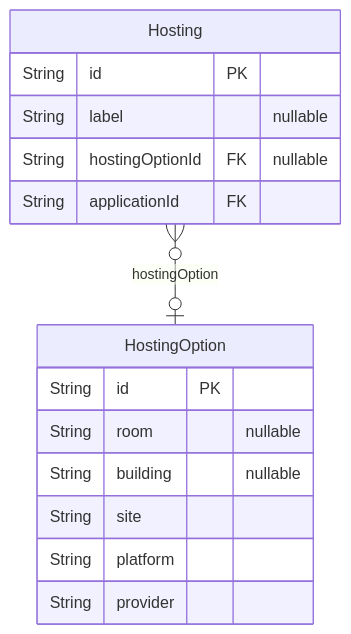
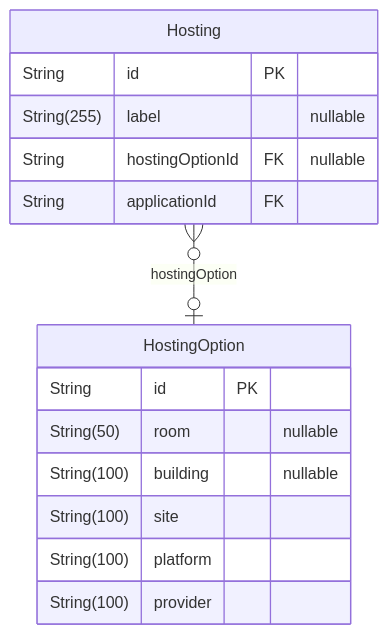
One commit to dnum-mi/referentiel-applications changed the fourth of 8 diagrams in backend/prisma/docs/schema.md. Above: the diagram before and after it, drawn with Mermaid. The commit also changed other lines of this file and 9 other files, not shown here.

````diff
--- a/backend/prisma/docs/schema.md
+++ b/backend/prisma/docs/schema.md
@@ -359,18 +359,18 @@
 ```mermaid
 erDiagram
 "HostingOption" {
   String id PK
-  String room "nullable"
-  String building "nullable"
-  String site
-  String platform
-  String provider
+  String(50) room "nullable"
+  String(100) building "nullable"
+  String(100) site
+  String(100) platform
+  String(100) provider
 }
 "Hosting" {
   String id PK
-  String label "nullable"
+  String(255) label "nullable"
   String hostingOptionId FK "nullable"
   String applicationId FK
 }
 "Hosting" }o--o| "HostingOption" : hostingOption
 ```
````
